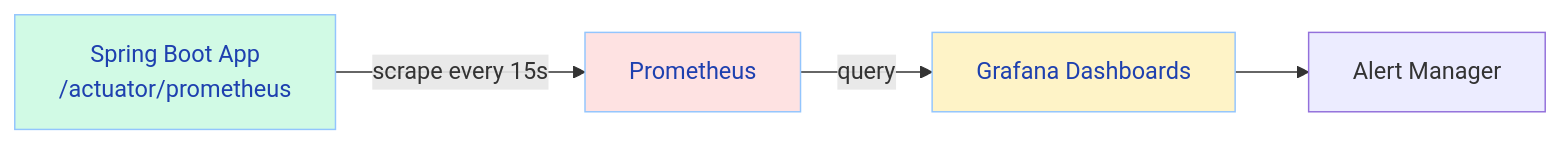
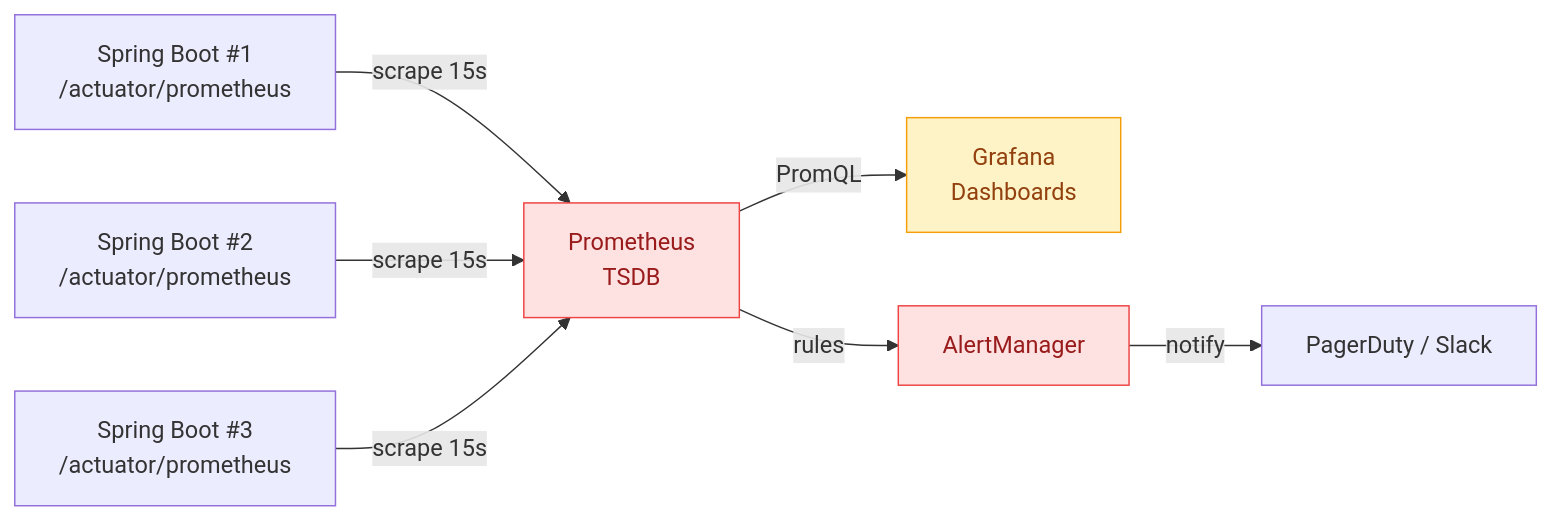
One commit to saivamsikaruturi/vamsilabs-dev-notes-main changed the third of 5 diagrams in docs/springboot/actuator.md. Above: the diagram before and after it, drawn with Mermaid. The commit also changed other lines of this file and 21 other files, not shown here.

First line of the commit message:
Rewrite 20 Spring Boot + 2 Microservices pages as deep interview-prep guides

````diff
--- a/docs/springboot/actuator.md
+++ b/docs/springboot/actuator.md
@@ -369,10 +505,13 @@
 ```mermaid
 flowchart LR
-    App["Spring Boot App<br/>/actuator/prometheus"] -->|"scrape every 15s"| Prom["Prometheus"]
-    Prom -->|"query"| Grafana["Grafana Dashboards"]
-    Grafana --> Alert["Alert Manager"]
+    A1["Spring Boot #1<br/>/actuator/prometheus"] -->|"scrape 15s"| P["Prometheus<br/>TSDB"]
+    A2["Spring Boot #2<br/>/actuator/prometheus"] -->|"scrape 15s"| P
+    A3["Spring Boot #3<br/>/actuator/prometheus"] -->|"scrape 15s"| P
+    P -->|"PromQL"| G["Grafana<br/>Dashboards"]
+    P -->|"rules"| AM["AlertManager"]
+    AM -->|"notify"| PD["PagerDuty / Slack"]
 
-    style App fill:#D1FAE5,stroke:#93C5FD,color:#1E40AF
-    style Prom fill:#FEE2E2,stroke:#93C5FD,color:#1E40AF
-    style Grafana fill:#FEF3C7,stroke:#93C5FD,color:#1E40AF
+    style P fill:#FEE2E2,stroke:#EF4444,color:#991B1B
+    style G fill:#FEF3C7,stroke:#F59E0B,color:#92400E
+    style AM fill:#FEE2E2,stroke:#EF4444,color:#991B1B
 ```
````
